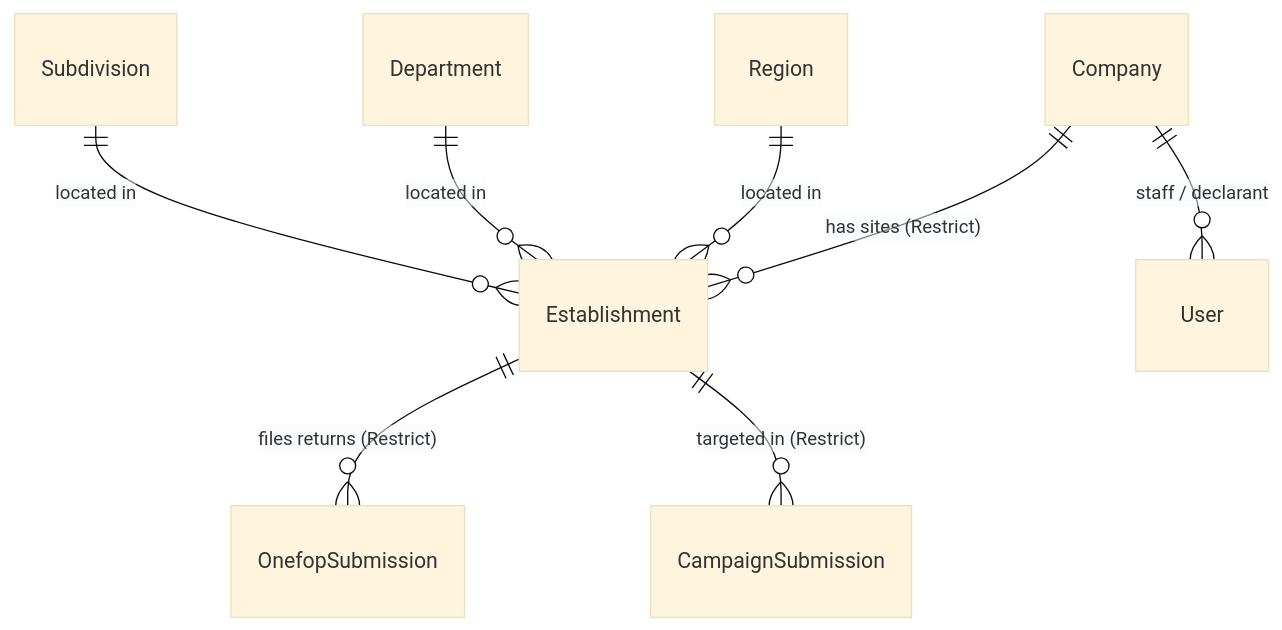
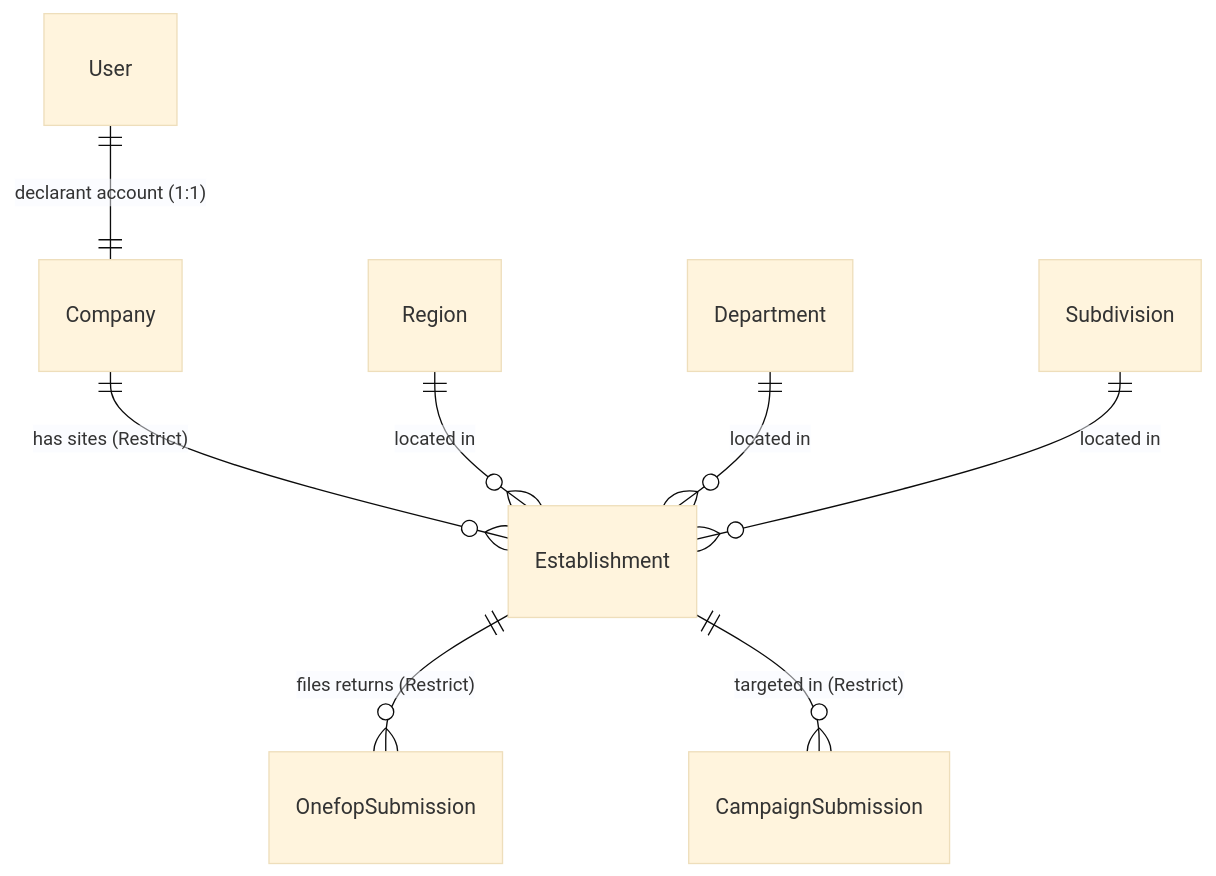
Before and after one commit to emmacla-del/dsmo-app: the diagram in docs/design/phase-e-establishments.md, drawn with Mermaid (base theme). The commit also changed other lines of this file, not shown here.

Commit message:
docs(design): revise Phase E establishments design to align with schema and review findings

````diff
--- a/docs/design/phase-e-establishments.md
+++ b/docs/design/phase-e-establishments.md
@@ -46,10 +52,10 @@
 ```mermaid
 erDiagram
+    User ||--|| Company : "declarant account (1:1)"
     Company ||--o{ Establishment : "has sites (Restrict)"
     Establishment ||--o{ OnefopSubmission : "files returns (Restrict)"
     Establishment ||--o{ CampaignSubmission : "targeted in (Restrict)"
-    Company ||--o{ User : "staff / declarant"
     Region ||--o{ Establishment : "located in"
     Department ||--o{ Establishment : "located in"
     Subdivision ||--o{ Establishment : "located in"
 ```
````
